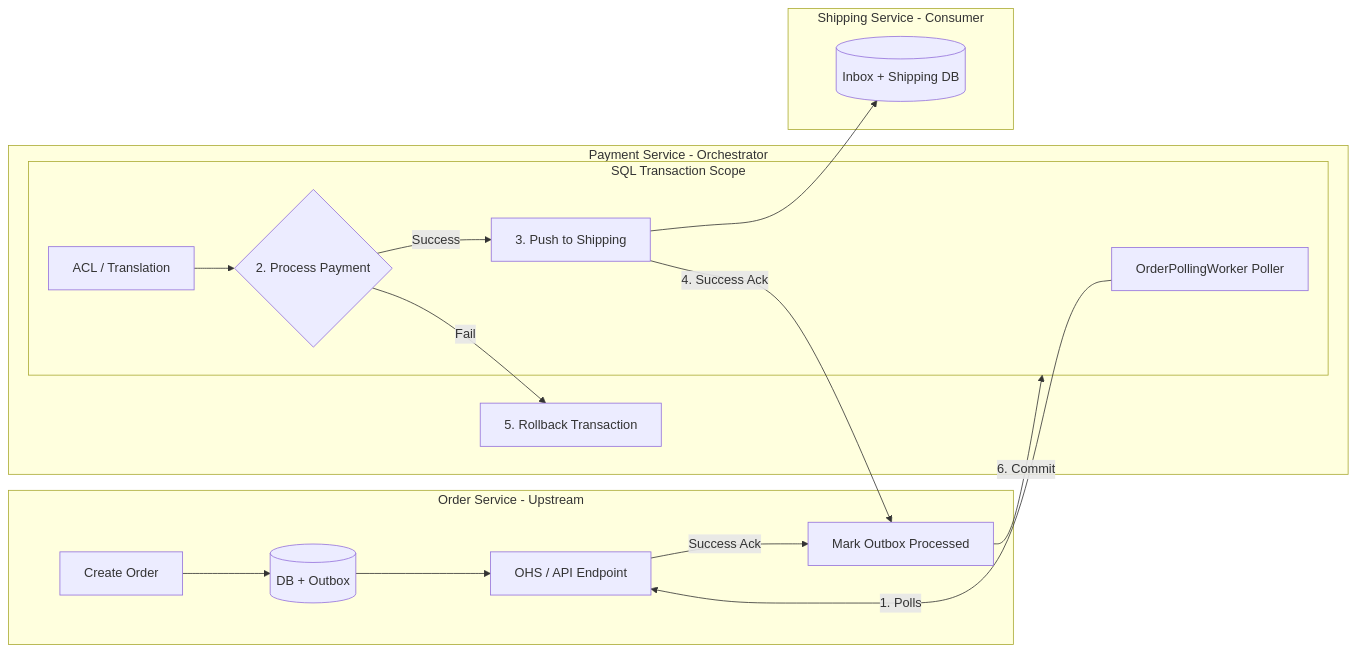
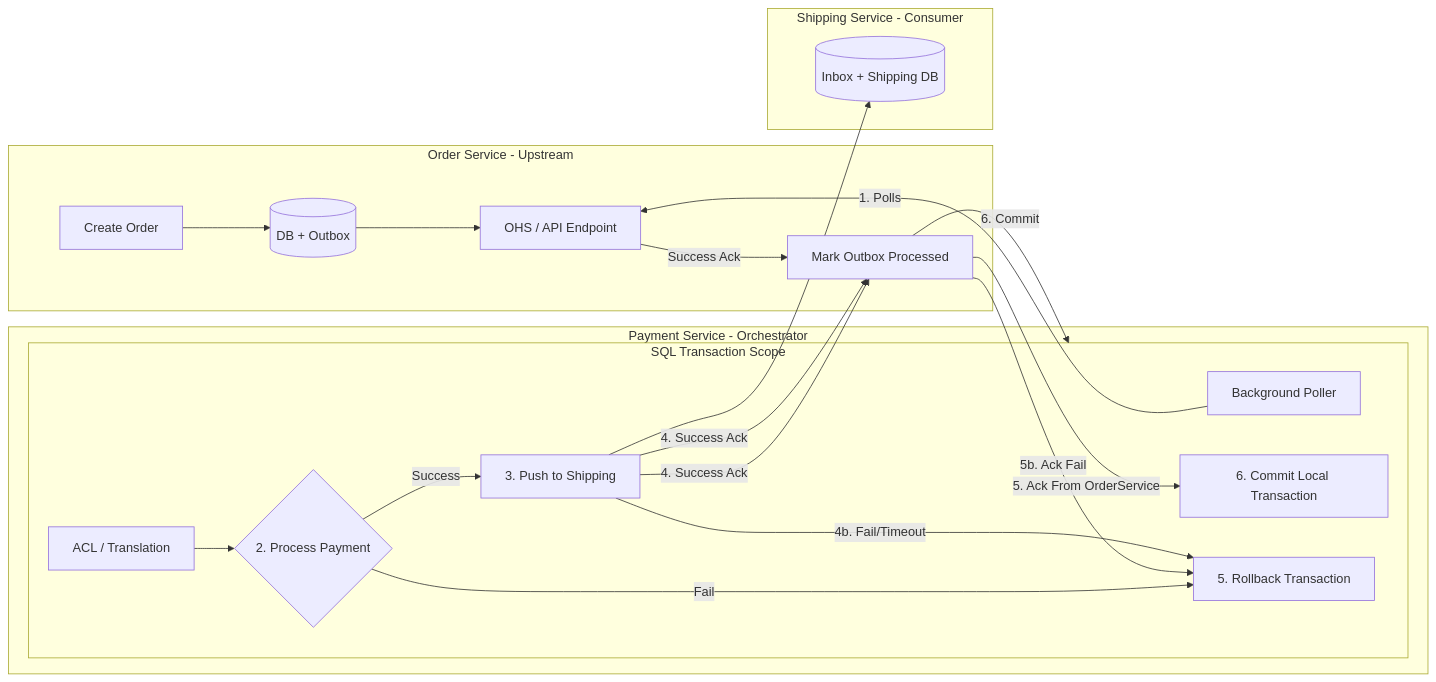
One commit to saritakumar-dev/My-DDD-Portfolio changed the diagram in FulfillmentSystem/ReadMe.md. Above: the diagram before and after it, drawn with Mermaid.

````diff
--- a/FulfillmentSystem/ReadMe.md
+++ b/FulfillmentSystem/ReadMe.md
@@ -23,24 +23,32 @@
 ```mermaid
 graph LR
     subgraph OrderService [Order Service - Upstream]
         A[Create Order] --> B[(DB + Outbox)]
         B --> C[OHS / API Endpoint]
         C -- Success Ack --> L[Mark Outbox Processed]
     end
 
     subgraph PaymentService [Payment Service - Orchestrator]
-        subgraph Transaction [SQL Transaction Scope]
-            D[OrderPollingWorker Poller] -- 1. Polls --> C
+         subgraph Transaction [SQL Transaction Scope]
+            D[Background Poller] -- 1. Polls --> C
             E[ACL / Translation] --> F{2. Process Payment}
             F -- Success --> G[3. Push to Shipping]
+            
+            %% The Logic: Shipping -> OrderService -> Local Commit
+            G -- 4. Success Ack --> L
+            L -- 5. Ack From OrderService--> M[6. Commit Local Transaction]
+            
+            %% The Fallback
+            G -- 4b. Fail/Timeout --> H[Rollback Transaction]
+            L -- 5b. Ack Fail --> H
         end
         
         G -- 4. Success Ack --> L
         F -- Fail --> H[5. Rollback Transaction]
         L -- 6. Commit --> Transaction
     end
 
     subgraph ShippingService [Shipping Service - Consumer]
         G --> I[(Inbox + Shipping DB)]
     end
 ```
````
